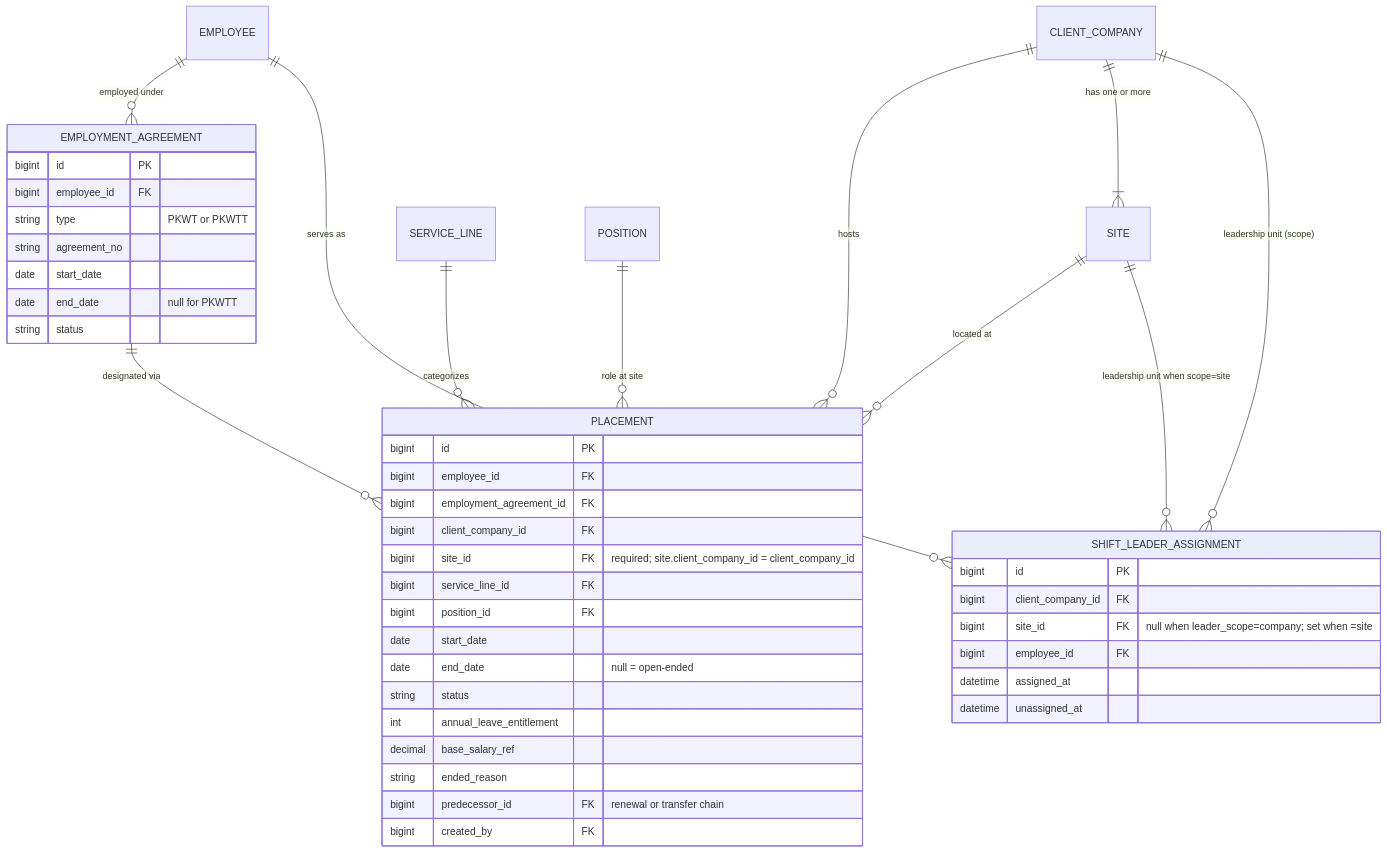
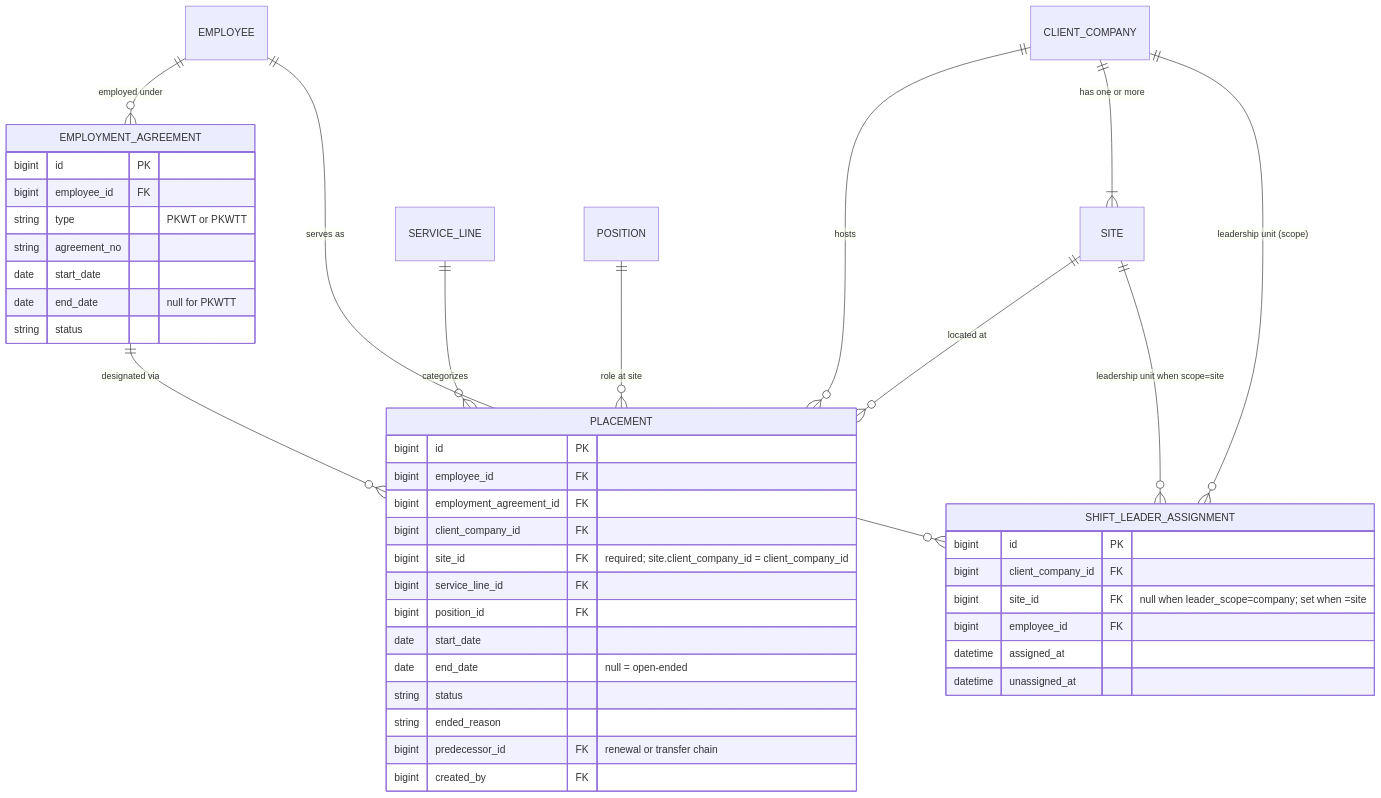
One commit to hariszaki17/hris-outsource changed the first of 6 diagrams in docs/epics/E3-placement/FEATURE.md. Above: the diagram before and after it, drawn with Mermaid. The commit also changed other lines of this file and 94 other files, not shown here.

````diff
--- a/docs/epics/E3-placement/FEATURE.md
+++ b/docs/epics/E3-placement/FEATURE.md
@@ -29,48 +29,46 @@
 ```mermaid
 erDiagram
     EMPLOYEE ||--o{ EMPLOYMENT_AGREEMENT : "employed under"
     EMPLOYMENT_AGREEMENT ||--o{ PLACEMENT : "designated via"
     CLIENT_COMPANY ||--o{ PLACEMENT : "hosts"
     CLIENT_COMPANY ||--|{ SITE : "has one or more"
     SITE ||--o{ PLACEMENT : "located at"
     SERVICE_LINE ||--o{ PLACEMENT : "categorizes"
     POSITION ||--o{ PLACEMENT : "role at site"
     CLIENT_COMPANY ||--o{ SHIFT_LEADER_ASSIGNMENT : "leadership unit (scope)"
     SITE ||--o{ SHIFT_LEADER_ASSIGNMENT : "leadership unit when scope=site"
     EMPLOYEE ||--o{ SHIFT_LEADER_ASSIGNMENT : "serves as"
 
     EMPLOYMENT_AGREEMENT {
         bigint id PK
         bigint employee_id FK
         string type "PKWT or PKWTT"
         string agreement_no
         date start_date
         date end_date "null for PKWTT"
         string status
     }
     PLACEMENT {
         bigint id PK
         bigint employee_id FK
         bigint employment_agreement_id FK
         bigint client_company_id FK
         bigint site_id FK "required; site.client_company_id = client_company_id"
         bigint service_line_id FK
         bigint position_id FK
         date start_date
         date end_date "null = open-ended"
         string status
-        int annual_leave_entitlement
-        decimal base_salary_ref
         string ended_reason
         bigint predecessor_id FK "renewal or transfer chain"
         bigint created_by FK
     }
     SHIFT_LEADER_ASSIGNMENT {
         bigint id PK
         bigint client_company_id FK
         bigint site_id FK "null when leader_scope=company; set when =site"
         bigint employee_id FK
         datetime assigned_at
         datetime unassigned_at
     }
 ```
````
